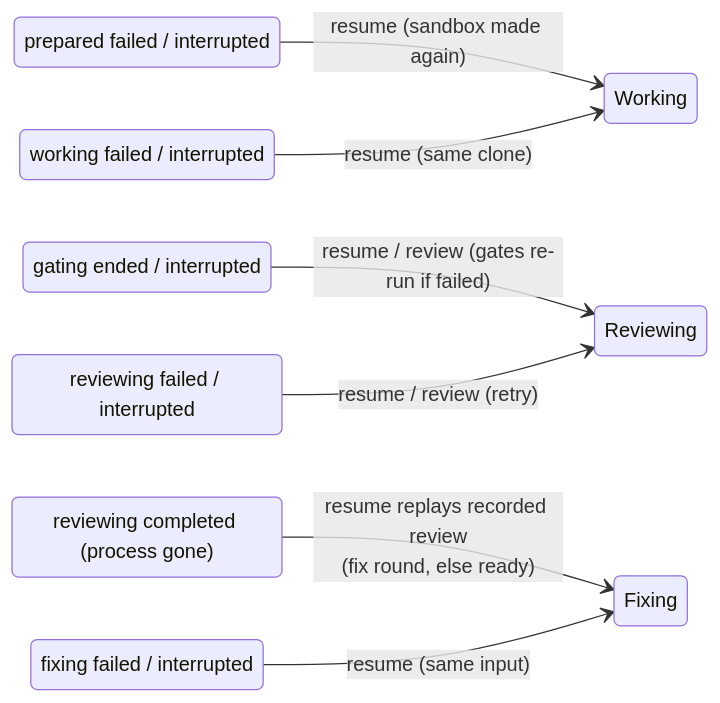
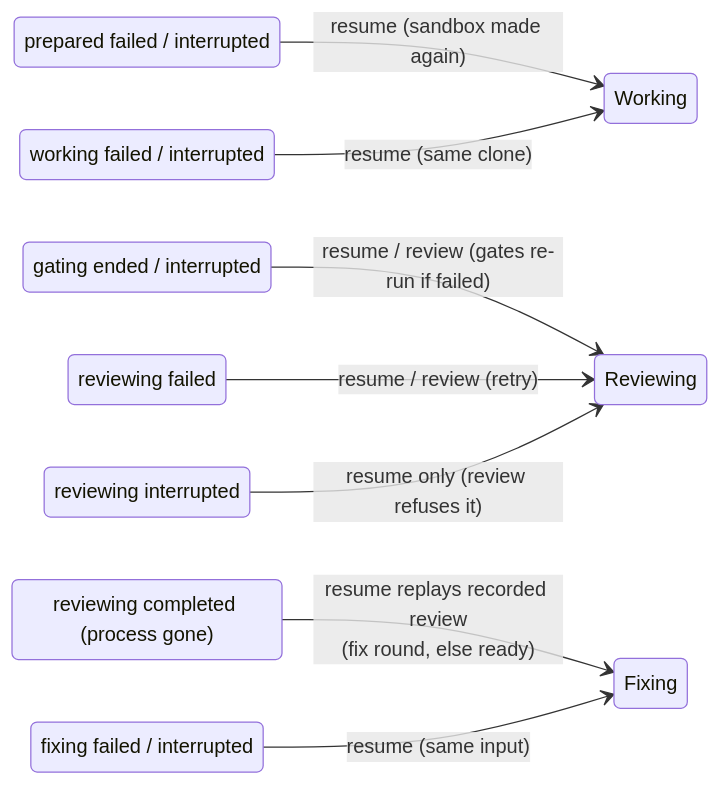
Before and after one commit to tutros/sbxm: the fourth of 8 diagrams in docs/state-diagrams.md, drawn with Mermaid. The commit also changed other lines of this file, not shown here.

First line of the commit message:
Fix the three should-fix findings of PR 380's review

````diff
--- a/docs/state-diagrams.md
+++ b/docs/state-diagrams.md
@@ -92,16 +92,18 @@
 ```mermaid
 stateDiagram-v2
   direction LR
   state "prepared failed / interrupted" as P
   state "working failed / interrupted" as W
   state "gating ended / interrupted" as G
-  state "reviewing failed / interrupted" as RV
+  state "reviewing failed" as RVF
+  state "reviewing interrupted" as RVI
   state "reviewing completed (process gone)" as RC
   state "fixing failed / interrupted" as F
   P --> Working: resume (sandbox made again)
   W --> Working: resume (same clone)
   G --> Reviewing: resume / review (gates re-run if failed)
-  RV --> Reviewing: resume / review (retry)
+  RVF --> Reviewing: resume / review (retry)
+  RVI --> Reviewing: resume only (review refuses it)
   RC --> Fixing: resume replays recorded review<br/>(fix round, else ready)
   F --> Fixing: resume (same input)
 ```
````
